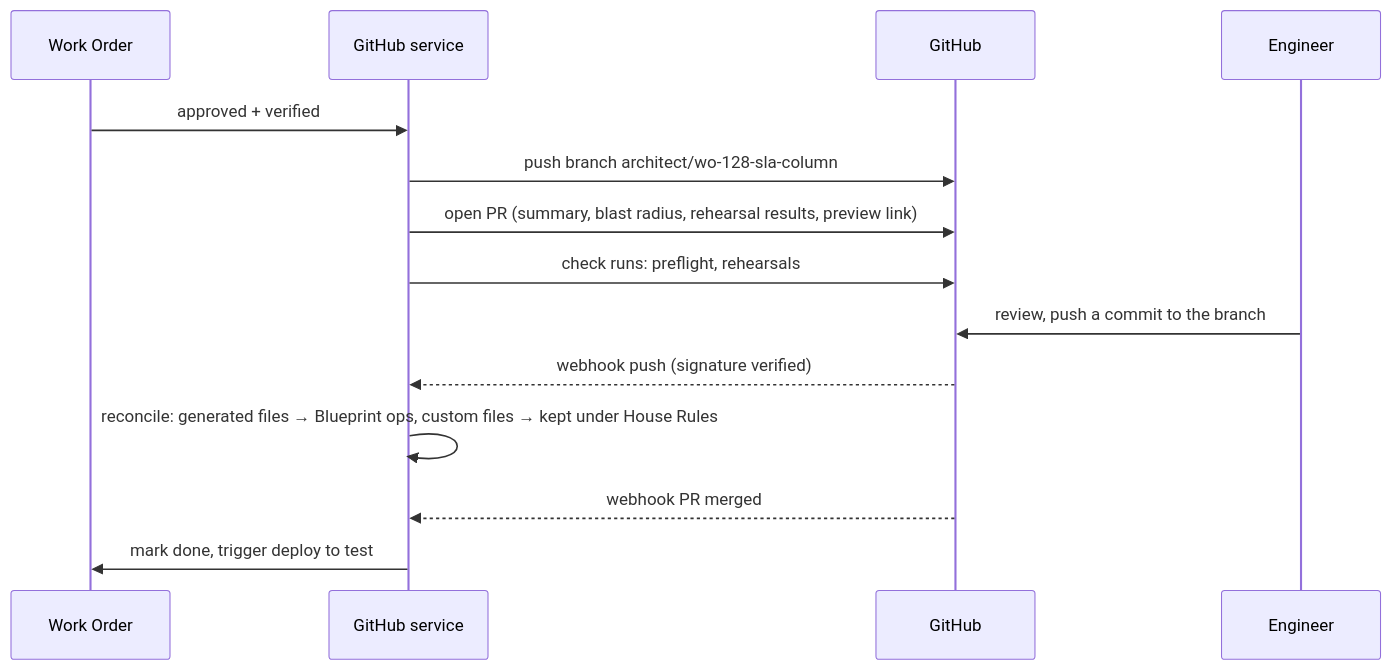
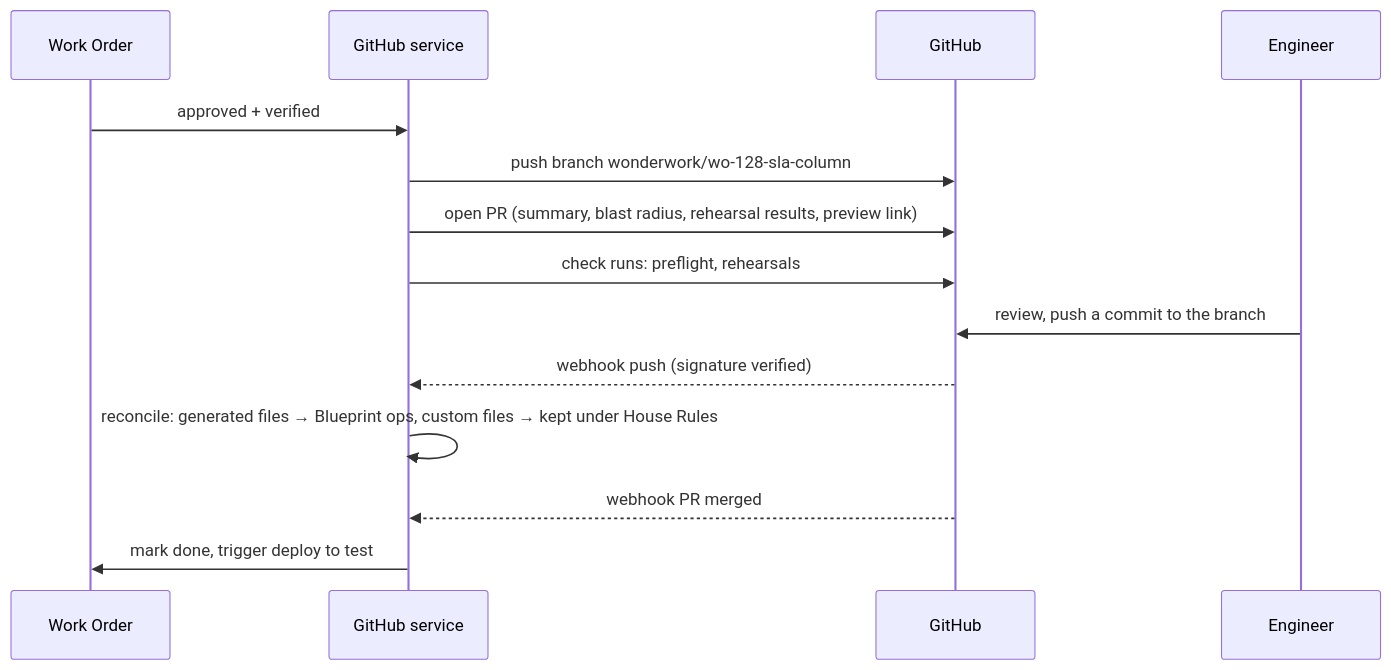
The third of 3 diagrams in ARCHITECTURE.md (aryansaharan/architect-2), drawn with Mermaid before and after one commit. The commit also changed other lines of this file and 2 other files, not shown here.

First line of the commit message:
Architecture: prompt-to-production walkthrough, full diagram wiring, protocols, platform ops

````diff
--- a/ARCHITECTURE.md
+++ b/ARCHITECTURE.md
@@ -187,16 +333,16 @@
 ```mermaid
 sequenceDiagram
   participant W as Work Order
   participant G as GitHub service
   participant GH as GitHub
   participant E as Engineer
   W->>G: approved + verified
-  G->>GH: push branch architect/wo-128-sla-column
+  G->>GH: push branch wonderwork/wo-128-sla-column
   G->>GH: open PR (summary, blast radius, rehearsal results, preview link)
   G->>GH: check runs: preflight, rehearsals
   E->>GH: review, push a commit to the branch
   GH-->>G: webhook push (signature verified)
   G->>G: reconcile: generated files → Blueprint ops, custom files → kept under House Rules
   GH-->>G: webhook PR merged
   G->>W: mark done, trigger deploy to test
 ```
````
